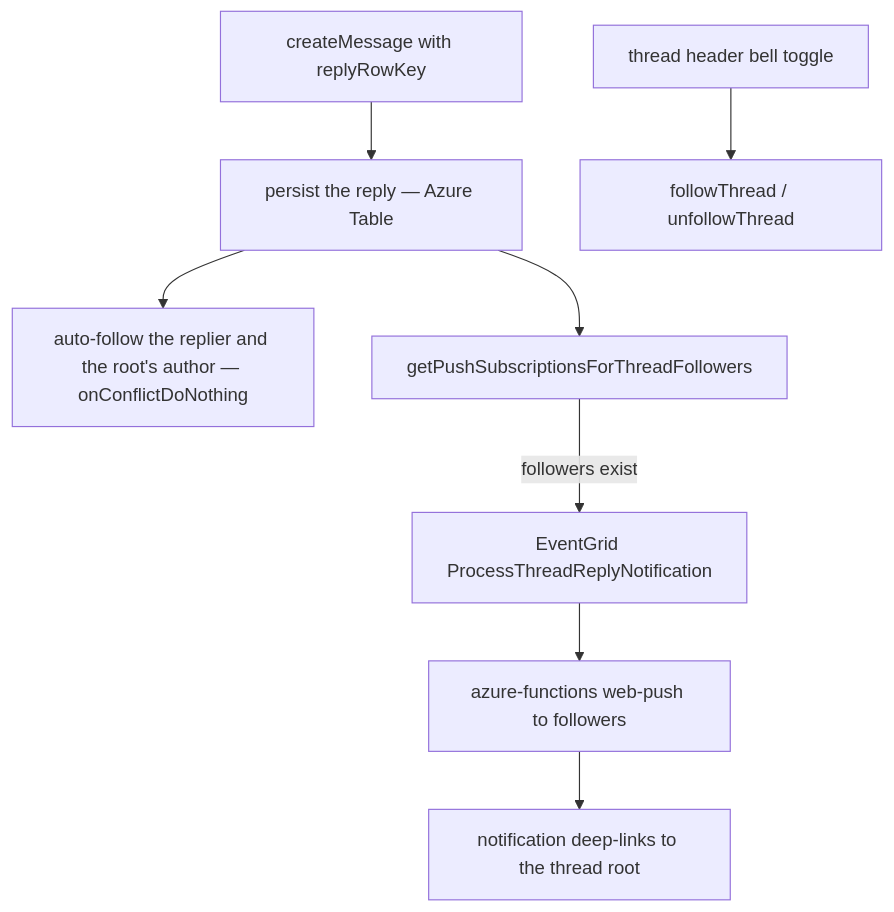
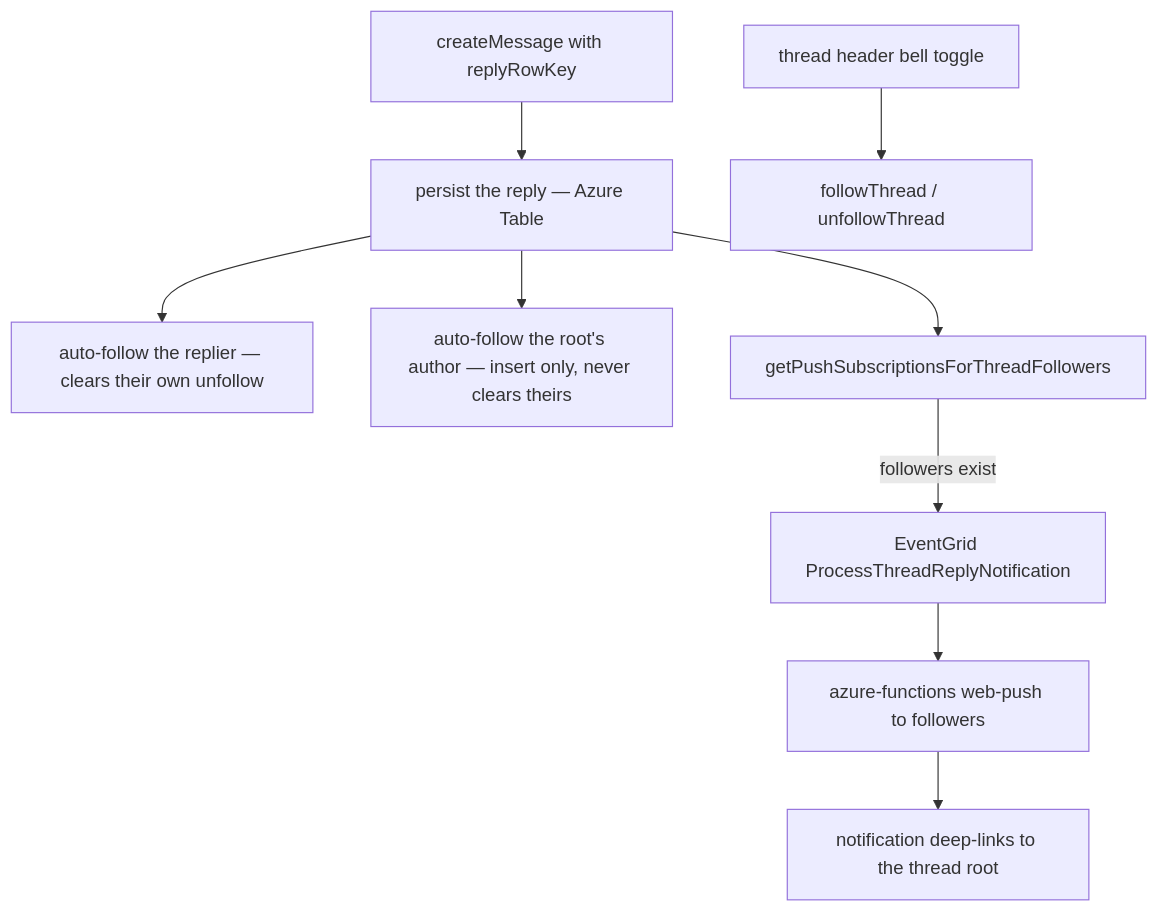
The diagram in packages/app/content/docs/esbabbler/thread-follows.md (Esposter/Esposter), drawn with Mermaid before and after one commit. The commit also changed other lines of this file and 20 other files, not shown here.

````diff
--- a/packages/app/content/docs/esbabbler/thread-follows.md
+++ b/packages/app/content/docs/esbabbler/thread-follows.md
@@ -14,10 +14,11 @@
 ```mermaid
 flowchart TD
   R["createMessage with replyRowKey"] --> P["persist the reply — Azure Table"]
-  P --> AF["auto-follow the replier and the root's author — onConflictDoNothing"]
+  P --> AF["auto-follow the replier — clears their own unfollow"]
+  P --> AR["auto-follow the root's author — insert only, never clears theirs"]
   P --> Q["getPushSubscriptionsForThreadFollowers"]
   Q -->|followers exist| E["EventGrid ProcessThreadReplyNotification"]
   E --> F["azure-functions web-push to followers"]
   F --> D["notification deep-links to the thread root"]
   B["thread header bell toggle"] --> FT["followThread / unfollowThread"]
 ```
````
